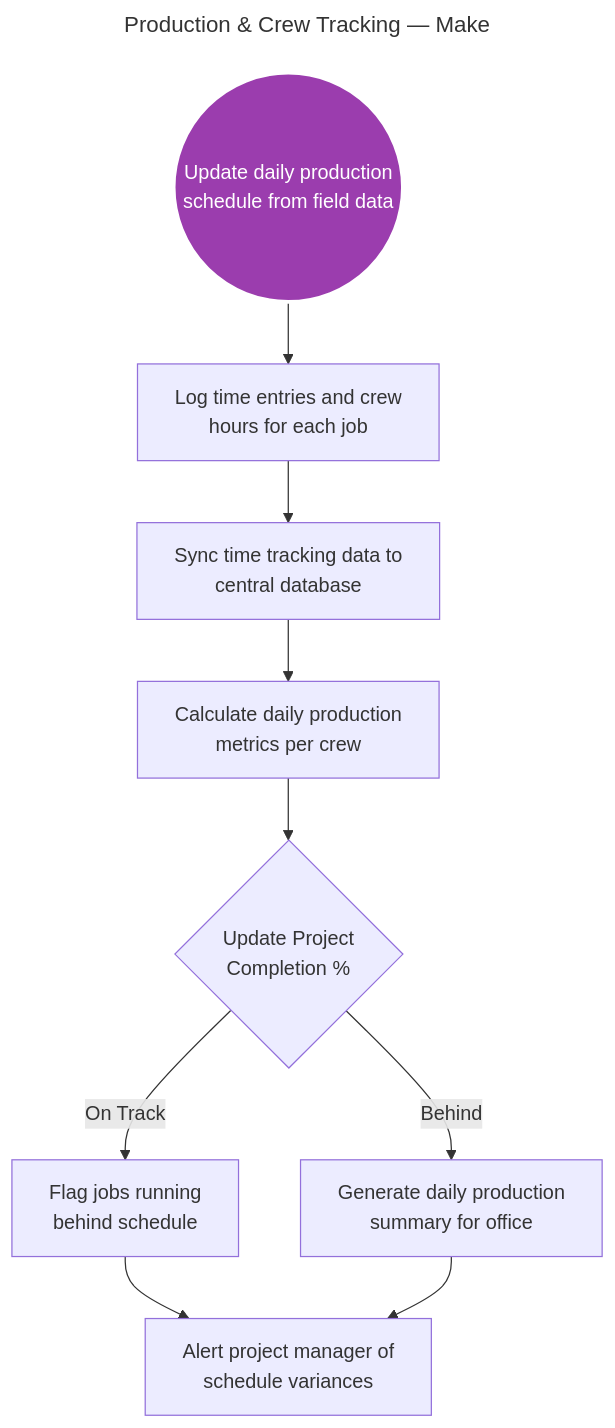
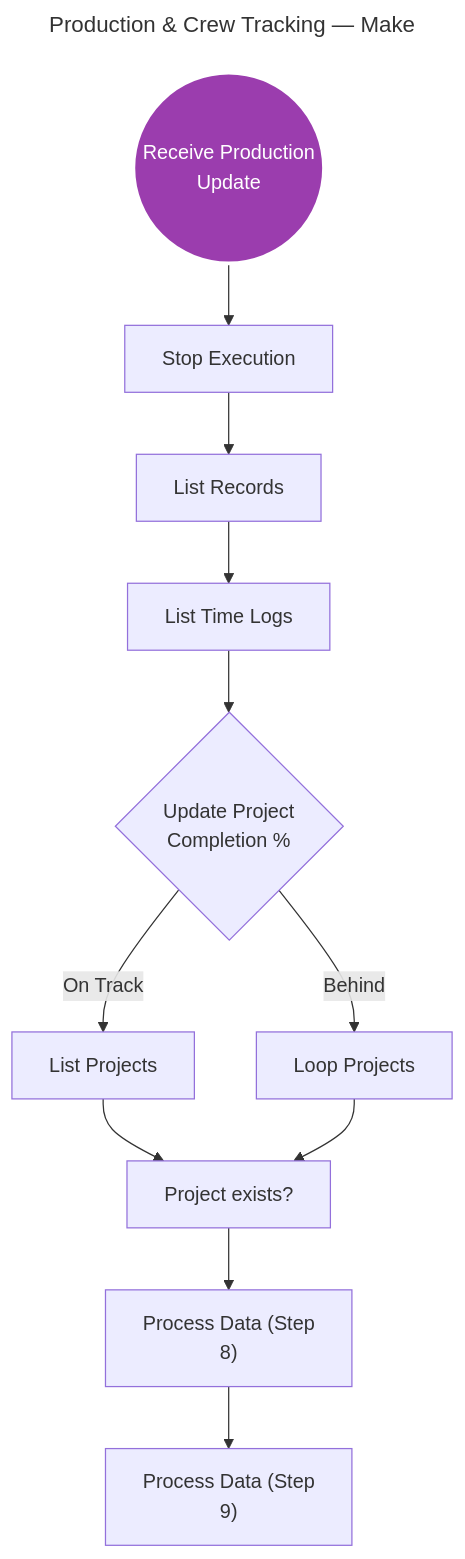
One commit to animaesuriens/home-service-os changed the diagram in linkedin-posts/_pipeline/mermaid/diagrams/production-tracking-make.mmd. Above: the diagram before and after it, drawn with Mermaid. The commit also changed 97 other files, not shown here.

First line of the commit message:
feat(15-02): update word count validation to 400-700, fix npm scripts, regenerate 42 diagrams

```diff
--- a/linkedin-posts/_pipeline/mermaid/diagrams/production-tracking-make.mmd
+++ b/linkedin-posts/_pipeline/mermaid/diagrams/production-tracking-make.mmd
@@ -1,23 +1,27 @@
 ---
 title: Production & Crew Tracking — Make
 ---
 flowchart TD
-    A(("Update daily production\nschedule from field data")):::trigger
-    B["Log time entries and crew\nhours for each job"]
-    C["Sync time tracking data to\ncentral database"]
-    D["Calculate daily production\nmetrics per crew"]
+    A(("Receive Production\nUpdate")):::trigger
+    B["Stop Execution"]
+    C["List Records"]
+    D["List Time Logs"]
     E{"Update Project\nCompletion %"}
-    F["Flag jobs running\nbehind schedule"]
-    G["Generate daily production\nsummary for office"]
-    H["Alert project manager of\nschedule variances"]
+    F["List Projects"]
+    G["Loop Projects"]
+    H["Project exists?"]
+    I["Process Data (Step\n8)"]
+    J["Process Data (Step\n9)"]
 
     A --> B
     B --> C
     C --> D
     D --> E
     E -->|On Track| F
     E -->|Behind| G
     F --> H
     G --> H
+    H --> I
+    I --> J
 
     classDef trigger fill:#9b3dae,stroke:#fff,stroke-width:3px,color:#fff
```
